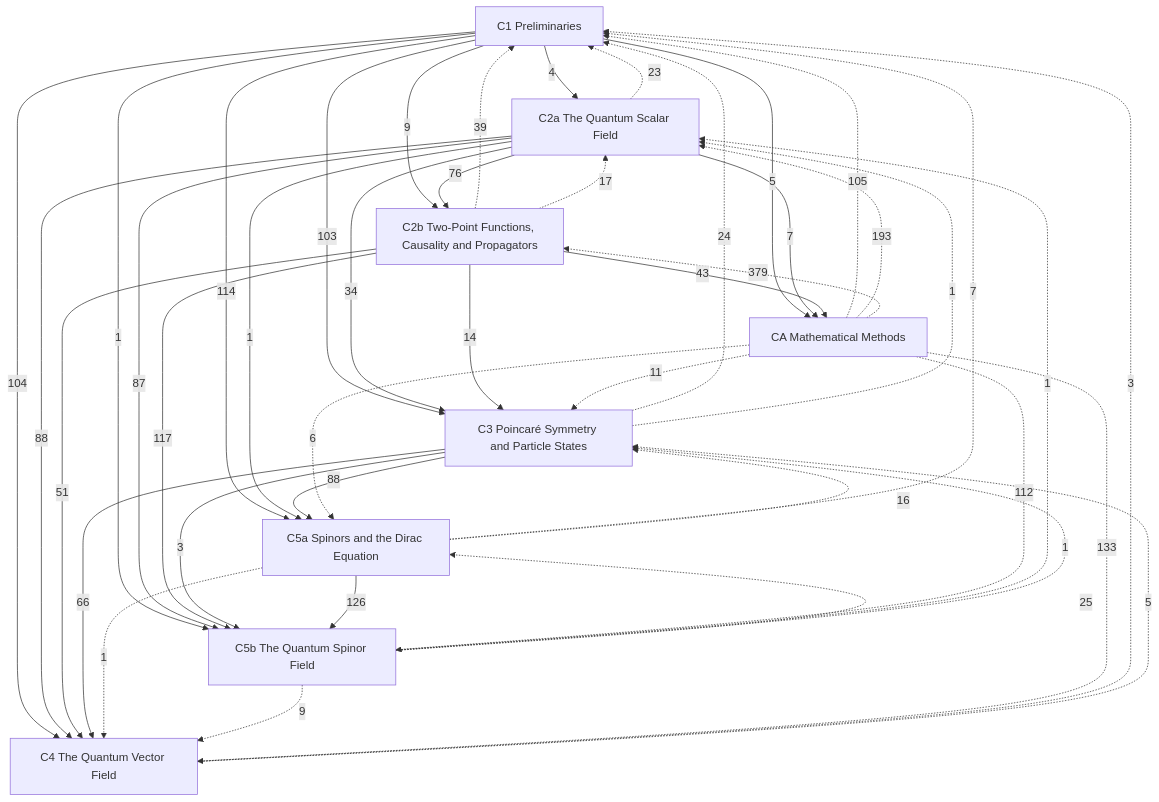
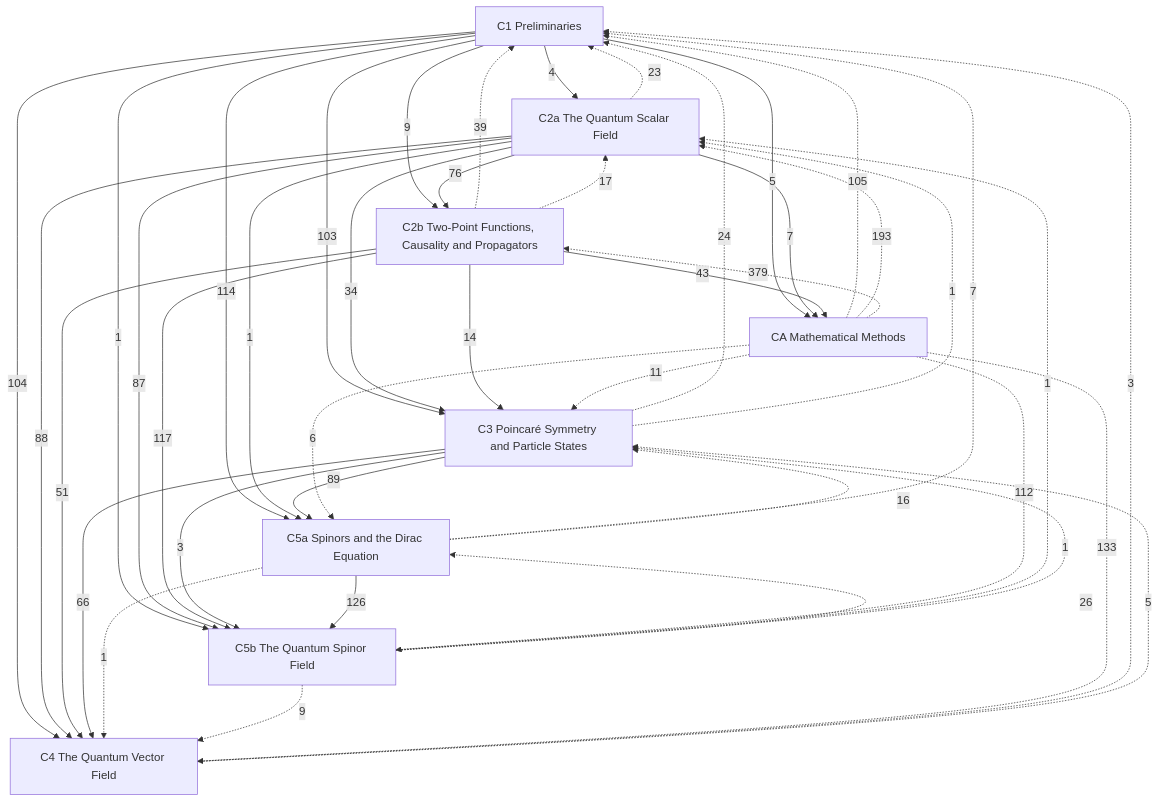
One commit to Onion20040508/notes changed the diagram in Physics/Quantum Field Theory/Quantum Field Theory.md. Above: the diagram before and after it, drawn with Mermaid. The commit also changed 29 other files, not shown here.

````diff
--- a/Physics/Quantum Field Theory/Quantum Field Theory.md
+++ b/Physics/Quantum Field Theory/Quantum Field Theory.md
@@ -27,53 +27,53 @@
 ```mermaid
 graph TD
   C1["C1 Preliminaries"]
   C2a["C2a The Quantum Scalar Field"]
   C2b["C2b Two-Point Functions, Causality and Propagators"]
   C3["C3 Poincaré Symmetry and Particle States"]
   C4["C4 The Quantum Vector Field"]
   C5a["C5a Spinors and the Dirac Equation"]
   C5b["C5b The Quantum Spinor Field"]
   CA["CA Mathematical Methods"]
   C1 -->|4| C2a
   C1 -->|9| C2b
   C2a -->|76| C2b
   C1 -->|103| C3
   C2a -->|34| C3
   C2b -->|14| C3
   C1 -->|104| C4
   C2a -->|88| C4
   C2b -->|51| C4
   C3 -->|66| C4
   C1 -->|114| C5a
   C2a -->|1| C5a
-  C3 -->|88| C5a
+  C3 -->|89| C5a
   C1 -->|1| C5b
   C2a -->|87| C5b
   C2b -->|117| C5b
   C3 -->|3| C5b
   C5a -->|126| C5b
   C1 -->|5| CA
   C2a -->|7| CA
   C2b -->|43| CA
   C2a -.->|23| C1
   C2b -.->|39| C1
   C3 -.->|24| C1
   C4 -.->|3| C1
   C5a -.->|7| C1
   CA -.->|105| C1
   C2b -.->|17| C2a
   C3 -.->|1| C2a
   C5b -.->|1| C2a
   CA -.->|193| C2a
   CA -.->|379| C2b
   C4 -.->|5| C3
   C5a -.->|16| C3
   C5b -.->|1| C3
   CA -.->|11| C3
   C5a -.->|1| C4
   C5b -.->|9| C4
   CA -.->|133| C4
-  C5b -.->|25| C5a
+  C5b -.->|26| C5a
   CA -.->|6| C5a
   CA -.->|112| C5b
 ```
````
